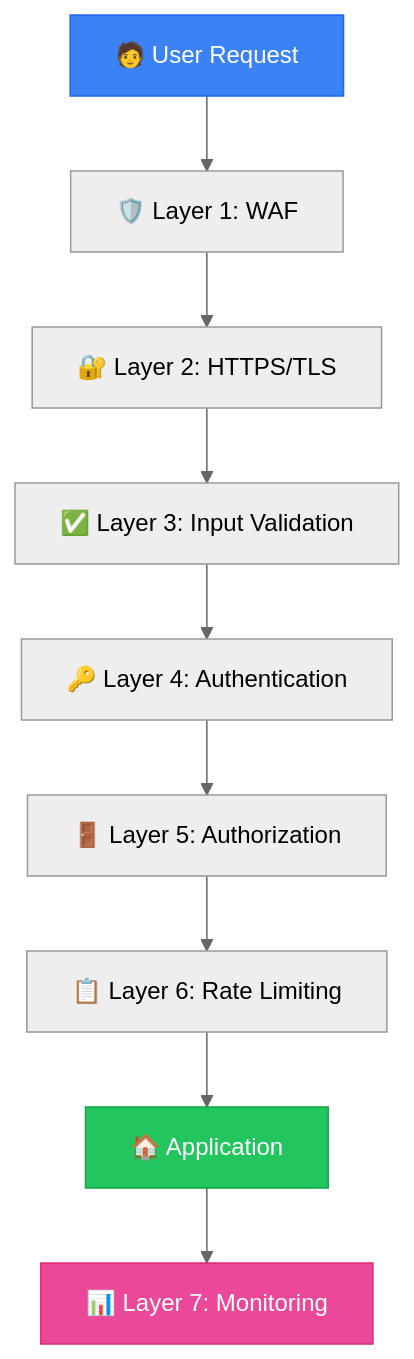
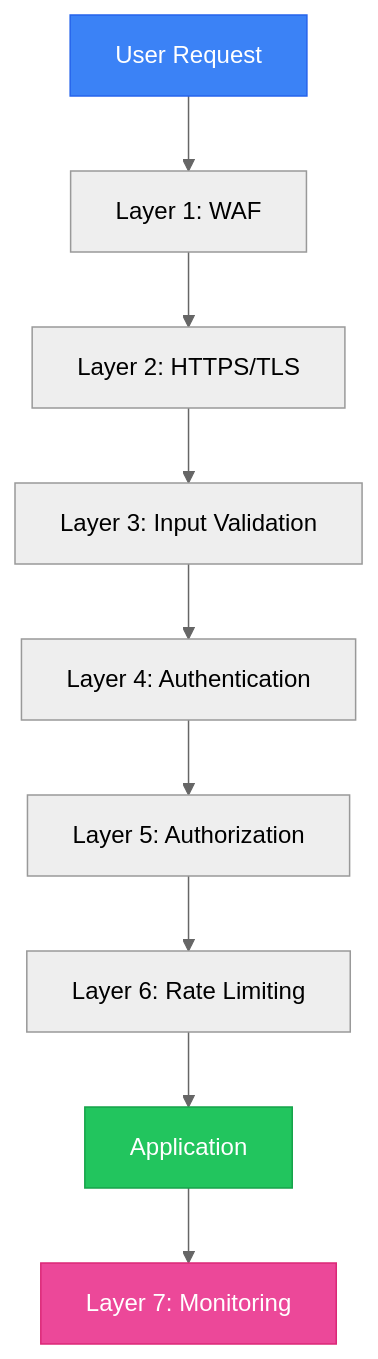
One commit to tian972k/micro-fontend-base changed the tenth of 17 diagrams in docs/VISUAL_GUIDE.md. Above: the diagram before and after it, drawn with Mermaid (neutral theme). The commit also changed other lines of this file and 2 other files, not shown here.

Commit message:
fix: remove emojis from Mermaid diagrams to prevent parsing errors

````diff
--- a/docs/VISUAL_GUIDE.md
+++ b/docs/VISUAL_GUIDE.md
@@ -324,15 +324,15 @@
 ```mermaid
 graph TB
-    User[🧑 User Request] --> L1[🛡️ Layer 1: WAF]
-    L1 --> L2[🔐 Layer 2: HTTPS/TLS]
-    L2 --> L3[✅ Layer 3: Input Validation]
-    L3 --> L4[🔑 Layer 4: Authentication]
-    L4 --> L5[🚪 Layer 5: Authorization]
-    L5 --> L6[📋 Layer 6: Rate Limiting]
-    L6 --> App[🏠 Application]
-    App --> L7[📊 Layer 7: Monitoring]
+    User[User Request] --> L1[Layer 1: WAF]
+    L1 --> L2[Layer 2: HTTPS/TLS]
+    L2 --> L3[Layer 3: Input Validation]
+    L3 --> L4[Layer 4: Authentication]
+    L4 --> L5[Layer 5: Authorization]
+    L5 --> L6[Layer 6: Rate Limiting]
+    L6 --> App[Application]
+    App --> L7[Layer 7: Monitoring]
 
     style User fill:#3b82f6,stroke:#2563eb,color:#fff
     style App fill:#22c55e,stroke:#16a34a,color:#fff
     style L7 fill:#ec4899,stroke:#db2777,color:#fff
 ```
````
